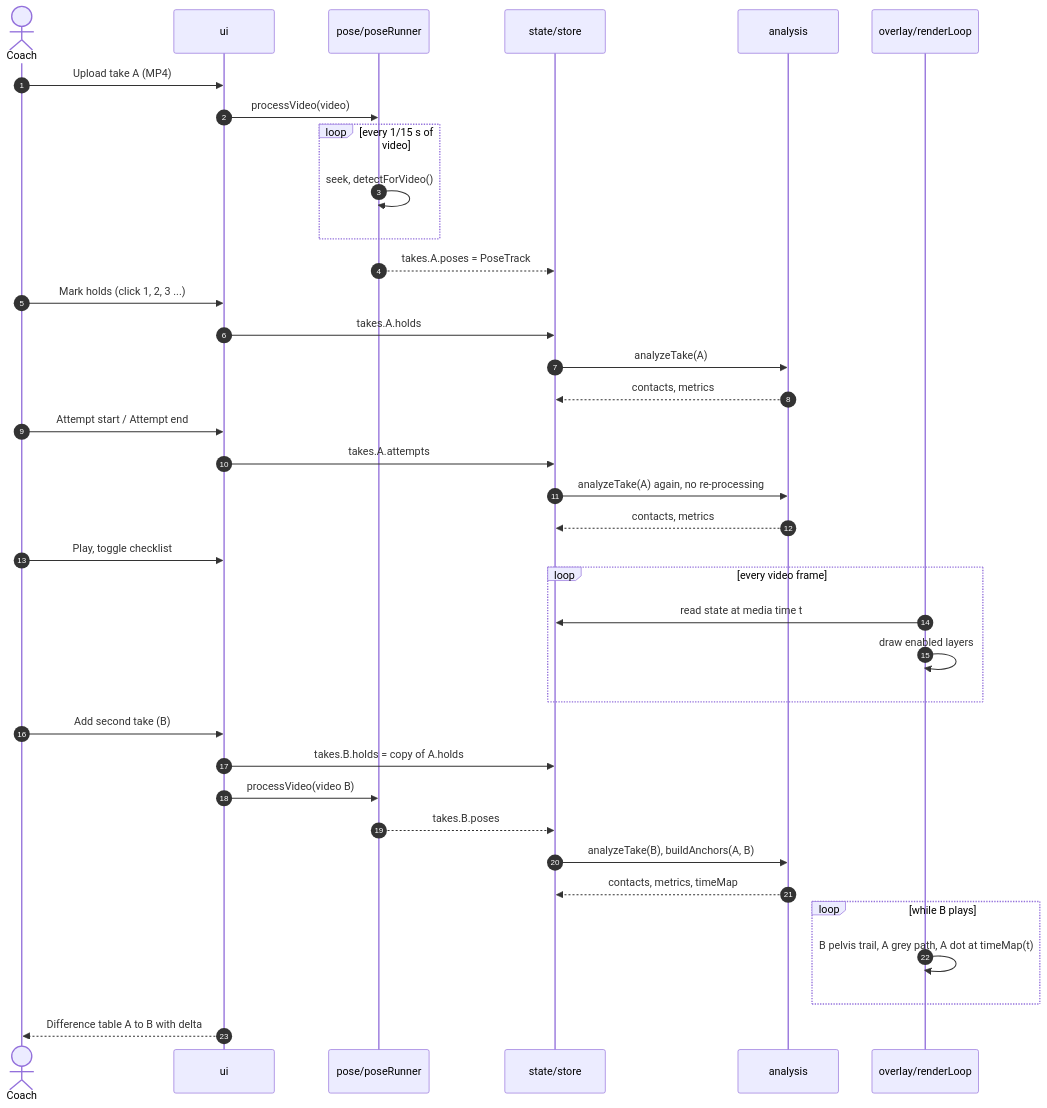
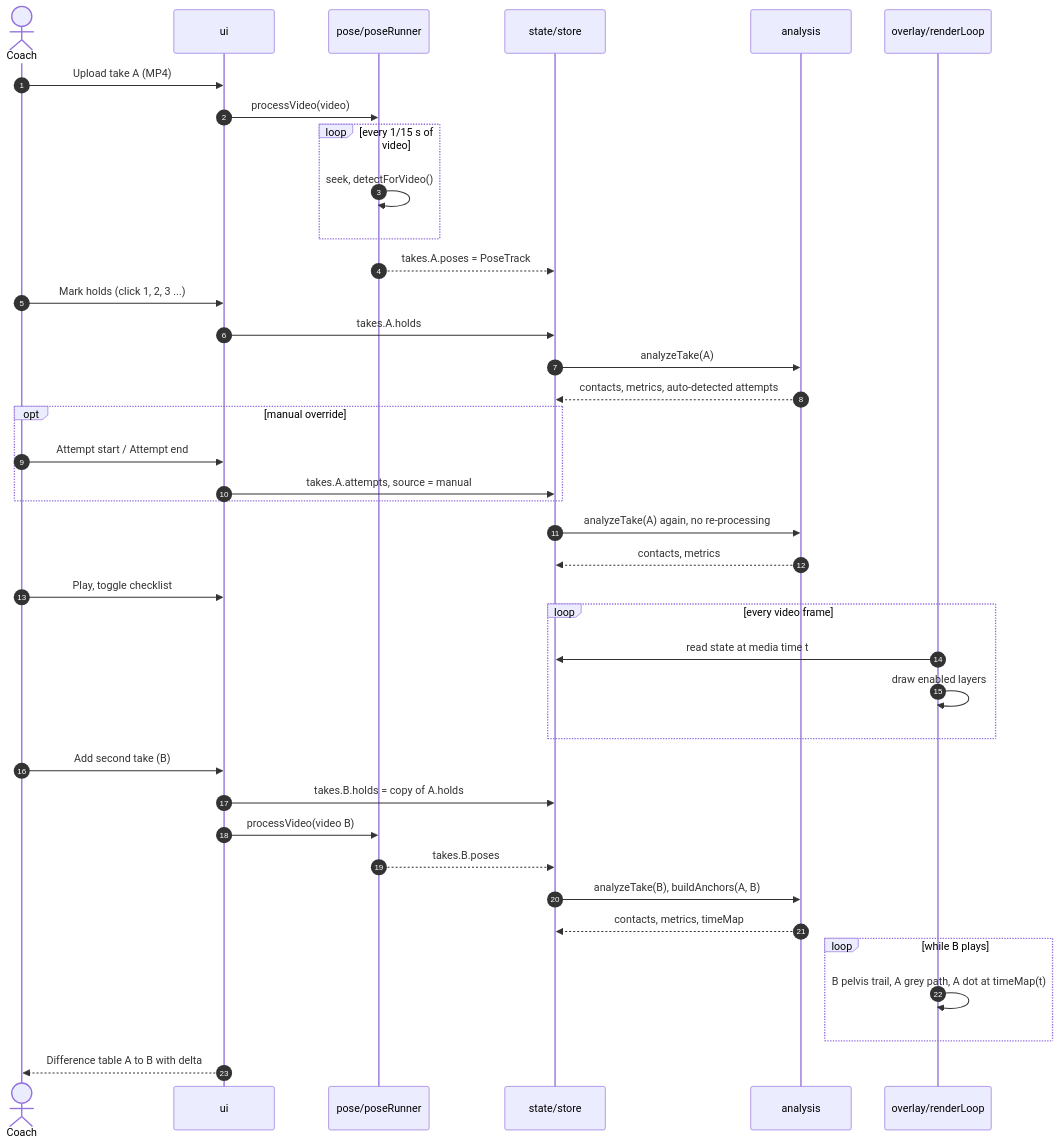
One commit to talhm95/ClimbingLens changed the second of 3 diagrams in docs/architecture-diagram.he.md. Above: the diagram before and after it, drawn with Mermaid. The commit also changed other lines of this file and 7 other files, not shown here.

Commit message:
architecture changes

````diff
--- a/docs/architecture-diagram.he.md
+++ b/docs/architecture-diagram.he.md
@@ -147,40 +155,42 @@
 ```mermaid
 sequenceDiagram
     autonumber
     actor Coach
     participant UI as ui
     participant Pose as pose/poseRunner
     participant Store as state/store
     participant An as analysis
     participant Ov as overlay/renderLoop
 
     Coach->>UI: Upload take A (MP4)
     UI->>Pose: processVideo(video)
     loop every 1/15 s of video
         Pose->>Pose: seek, detectForVideo()
     end
     Pose-->>Store: takes.A.poses = PoseTrack
     Coach->>UI: Mark holds (click 1, 2, 3 ...)
     UI->>Store: takes.A.holds
     Store->>An: analyzeTake(A)
-    An-->>Store: contacts, metrics
-    Coach->>UI: Attempt start / Attempt end
-    UI->>Store: takes.A.attempts
+    An-->>Store: contacts, metrics, auto-detected attempts
+    opt manual override
+        Coach->>UI: Attempt start / Attempt end
+        UI->>Store: takes.A.attempts, source = manual
+    end
     Store->>An: analyzeTake(A) again, no re-processing
     An-->>Store: contacts, metrics
     Coach->>UI: Play, toggle checklist
     loop every video frame
         Ov->>Store: read state at media time t
         Ov->>Ov: draw enabled layers
     end
     Coach->>UI: Add second take (B)
     UI->>Store: takes.B.holds = copy of A.holds
     UI->>Pose: processVideo(video B)
     Pose-->>Store: takes.B.poses
     Store->>An: analyzeTake(B), buildAnchors(A, B)
     An-->>Store: contacts, metrics, timeMap
     loop while B plays
         Ov->>Ov: B pelvis trail, A grey path, A dot at timeMap(t)
     end
     UI-->>Coach: Difference table A to B with delta
 ```
````
